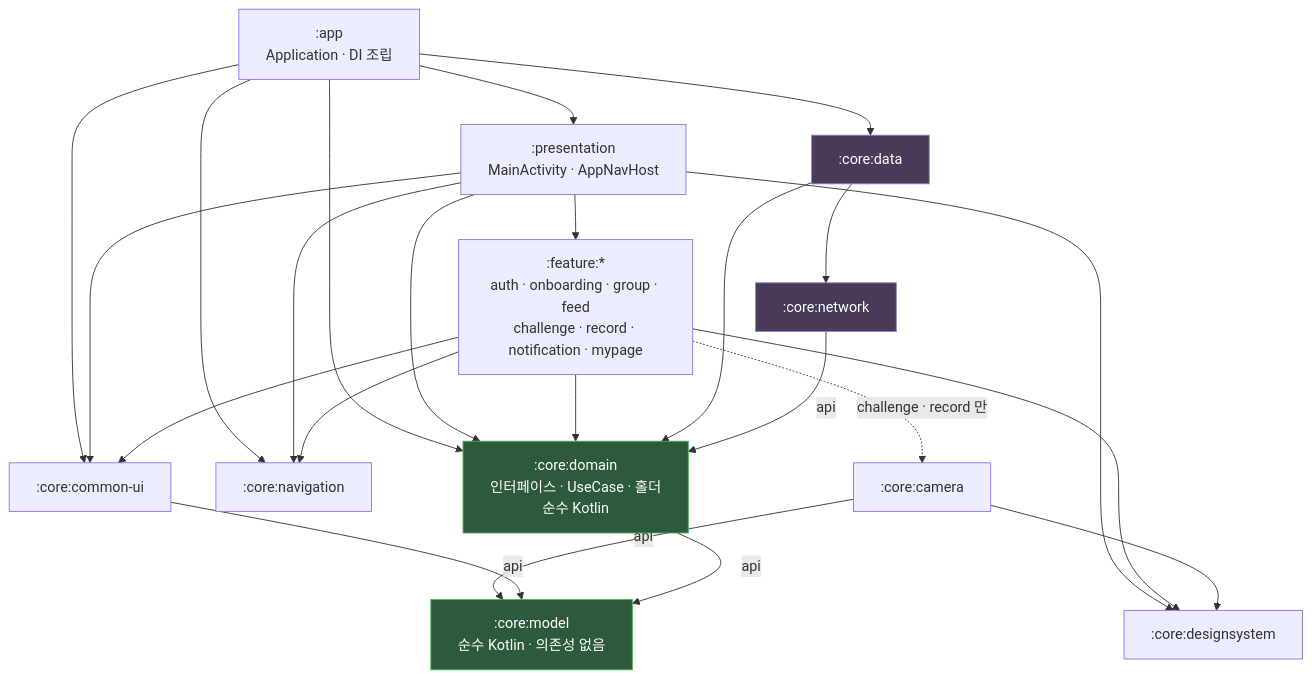
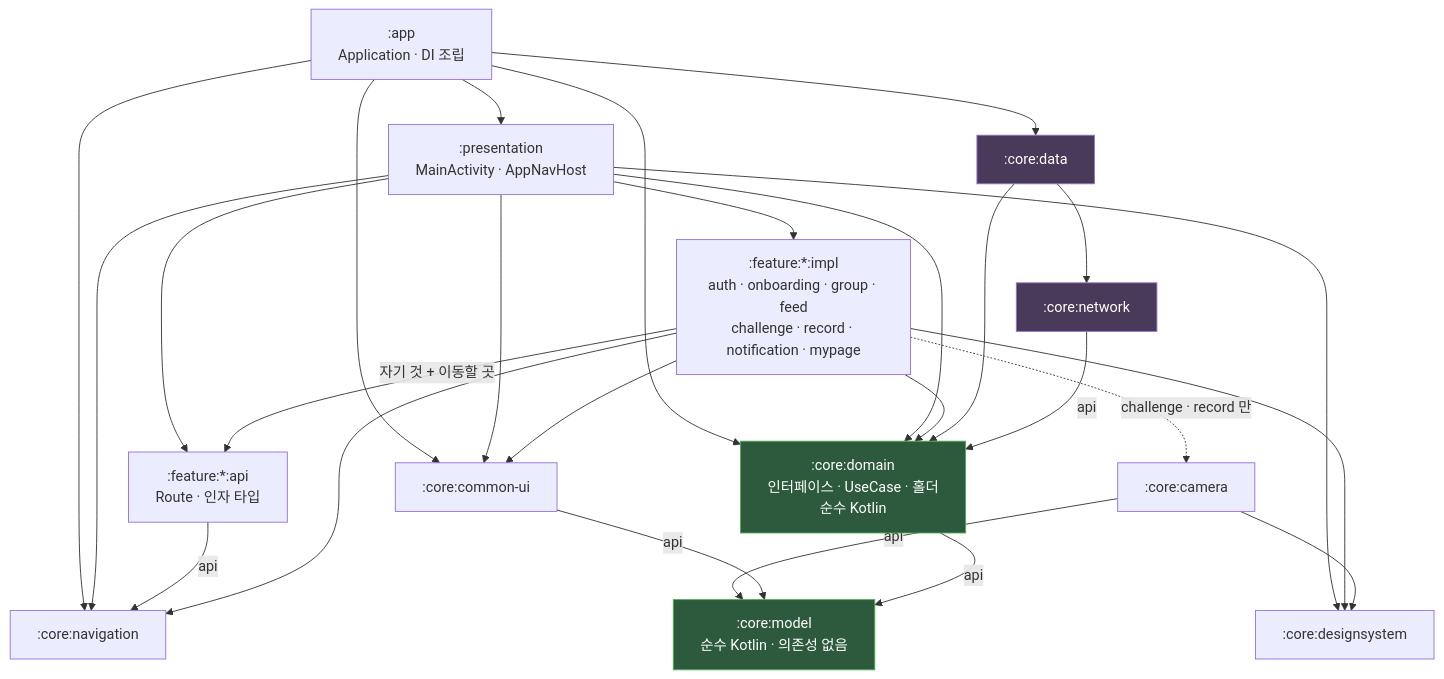
One commit to Central-MakeUs/mody-android changed the diagram in README.md. Above: the diagram before and after it, drawn with Mermaid. The commit also changed other lines of this file and 1 other file, not shown here.

First line of the commit message:
docs: feature api/impl 구조와 internal 규칙을 적는다

````diff
--- a/README.md
+++ b/README.md
@@ -89,48 +89,52 @@
 ```mermaid
 graph TD
     app[":app<br/>Application · DI 조립"]
     pres[":presentation<br/>MainActivity · AppNavHost"]
-    feat[":feature:*<br/>auth · onboarding · group · feed<br/>challenge · record · notification · mypage"]
+    feat[":feature:*:impl<br/>auth · onboarding · group · feed<br/>challenge · record · notification · mypage"]
+    fapi[":feature:*:api<br/>Route · 인자 타입"]
 
     cui[":core:common-ui"]
     ds[":core:designsystem"]
     nav[":core:navigation"]
     cam[":core:camera"]
     model[":core:model<br/>순수 Kotlin · 의존성 없음"]
     dom[":core:domain<br/>인터페이스 · UseCase · 홀더<br/>순수 Kotlin"]
     data[":core:data"]
     net[":core:network"]
 
     app --> pres
     app --> data
     app --> cui
     app --> nav
     app --> dom
     pres --> feat
+    pres --> fapi
     pres --> cui
     pres --> ds
     pres --> nav
     pres --> dom
 
+    feat -- "자기 것 + 이동할 곳" --> fapi
+    fapi -- "api" --> nav
     feat --> cui
     feat --> ds
     feat --> nav
     feat --> dom
     feat -. "challenge · record 만" .-> cam
 
     cam --> ds
     cam -- "api" --> model
 
     cui -- "api" --> model
 
     dom -- "api" --> model
 
     data --> dom
     data --> net
     net -- "api" --> dom
 
     classDef domain fill:#2d5a3d,stroke:#4caf50,color:#fff
     classDef impl fill:#4a3a5a,stroke:#9575cd,color:#fff
     class dom,model domain
     class data,net impl
 ```
````
